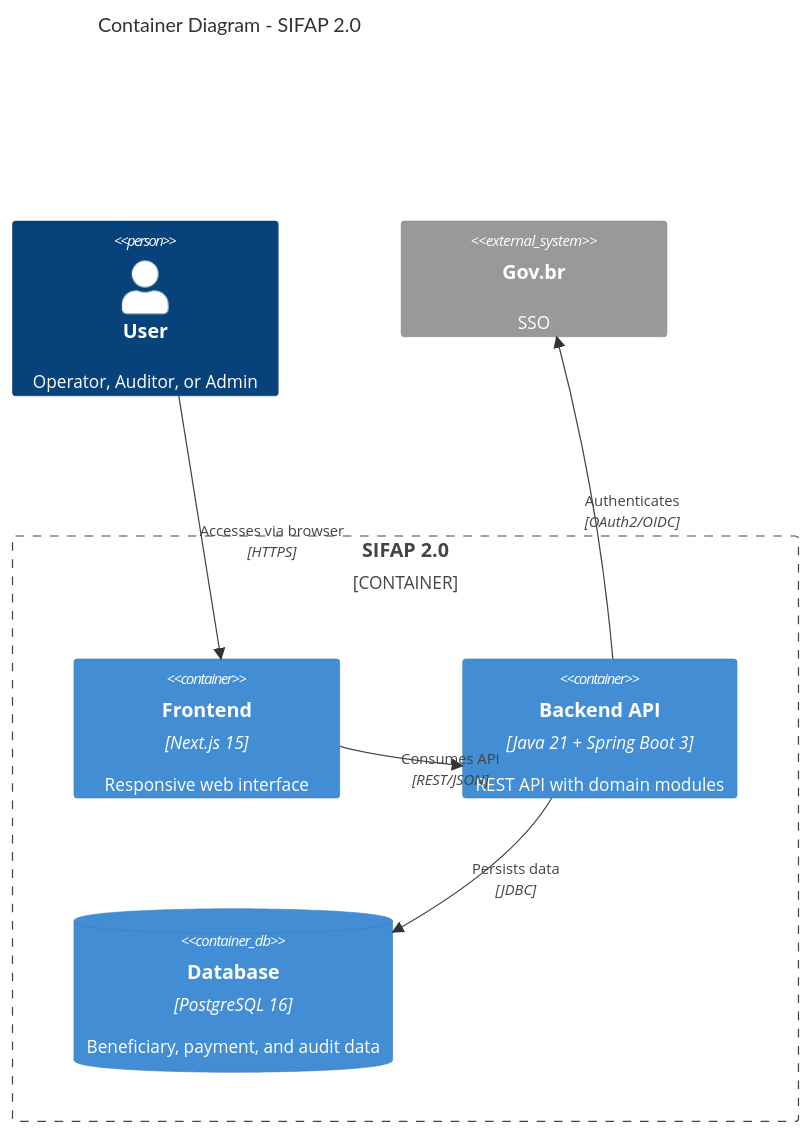
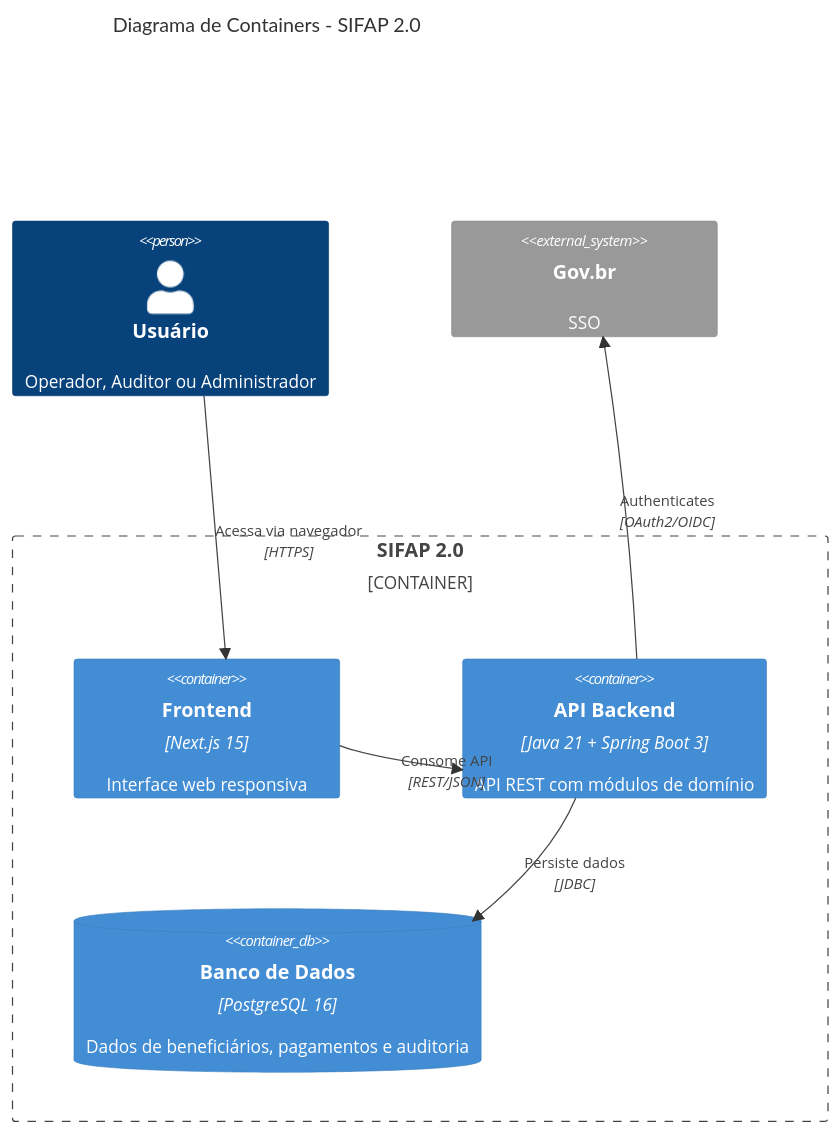
One commit to paulasilvatech/hackathon-datacorp-team-kit changed the fourth of 4 diagrams in pt-br/02-spec-moderna/GUIDE.md. Above: the diagram before and after it, drawn with Mermaid. The commit also changed other lines of this file and 172 other files, not shown here.

````diff
--- a/pt-br/02-spec-moderna/GUIDE.md
+++ b/pt-br/02-spec-moderna/GUIDE.md
@@ -319,19 +319,19 @@
 ```mermaid
 C4Container
- title Container Diagram - SIFAP 2.0
+ title Diagrama de Containers - SIFAP 2.0
 
- Person(user, "User", "Operator, Auditor, or Admin")
+ Person(user, "Usuário", "Operador, Auditor ou Administrador")
 
  Container_Boundary(sifap, "SIFAP 2.0") {
- Container(frontend, "Frontend", "Next.js 15", "Responsive web interface")
- Container(backend, "Backend API", "Java 21 + Spring Boot 3", "REST API with domain modules")
- ContainerDb(db, "Database", "PostgreSQL 16", "Beneficiary, payment, and audit data")
+ Container(frontend, "Frontend", "Next.js 15", "Interface web responsiva")
+ Container(backend, "API Backend", "Java 21 + Spring Boot 3", "API REST com módulos de domínio")
+ ContainerDb(db, "Banco de Dados", "PostgreSQL 16", "Dados de beneficiários, pagamentos e auditoria")
  }
 
  System_Ext(govbr, "Gov.br", "SSO")
 
- Rel(user, frontend, "Accesses via browser", "HTTPS")
- Rel(frontend, backend, "Consumes API", "REST/JSON")
- Rel(backend, db, "Persists data", "JDBC")
+ Rel(user, frontend, "Acessa via navegador", "HTTPS")
+ Rel(frontend, backend, "Consome API", "REST/JSON")
+ Rel(backend, db, "Persiste dados", "JDBC")
  Rel(backend, govbr, "Authenticates", "OAuth2/OIDC")
 ```
````
